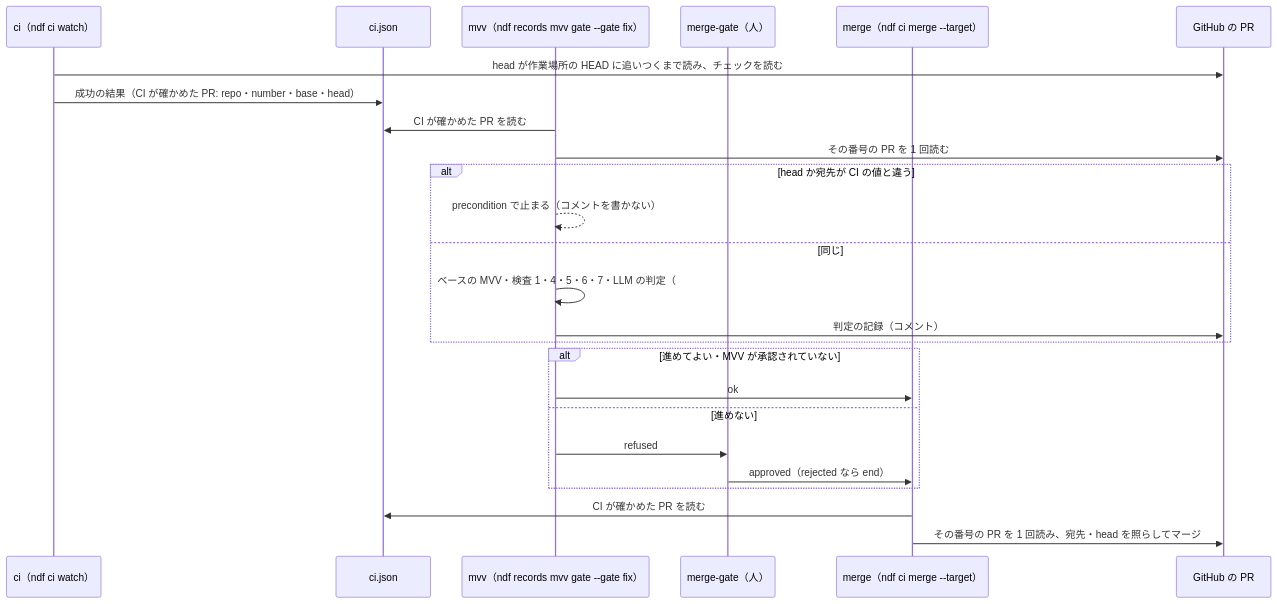
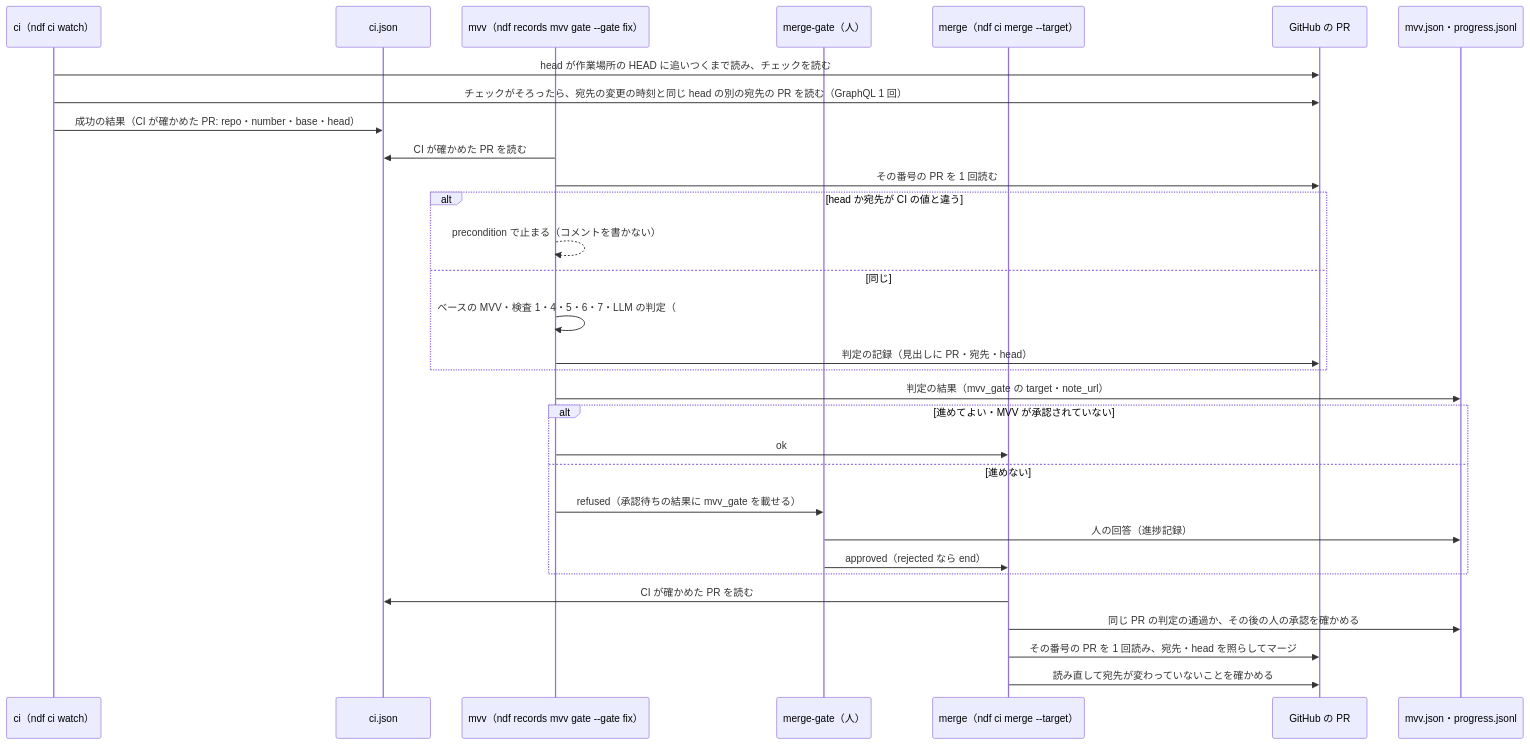
One commit to devbasex/ai-plugins changed the third of 3 diagrams in issues/issue-4104-design.md. Above: the diagram before and after it, drawn with Mermaid. The commit also changed other lines of this file and 1 other file, not shown here.

````diff
--- a/issues/issue-4104-design.md
+++ b/issues/issue-4104-design.md
@@ -115,27 +132,33 @@
 ```mermaid
 sequenceDiagram
   participant CI as ci（ndf ci watch）
   participant F as ci.json
   participant G as mvv（ndf records mvv gate --gate fix）
   participant H as merge-gate（人）
   participant M as merge（ndf ci merge --target）
   participant P as GitHub の PR
+  participant J as mvv.json・progress.jsonl
   CI->>P: head が作業場所の HEAD に追いつくまで読み、チェックを読む
+  CI->>P: チェックがそろったら、宛先の変更の時刻と同じ head の別の宛先の PR を読む（GraphQL 1 回）
   CI->>F: 成功の結果（CI が確かめた PR: repo・number・base・head）
   G->>F: CI が確かめた PR を読む
   G->>P: その番号の PR を 1 回読む
   alt head か宛先が CI の値と違う
     G-->>G: precondition で止まる（コメントを書かない）
   else 同じ
     G->>G: ベースの MVV・検査 1・4・5・6・7・LLM の判定（#3959 の手順）
-    G->>P: 判定の記録（コメント）
+    G->>P: 判定の記録（見出しに PR・宛先・head）
   end
+  G->>J: 判定の結果（mvv_gate の target・note_url）
   alt 進めてよい・MVV が承認されていない
     G->>M: ok
   else 進めない
-    G->>H: refused
+    G->>H: refused（承認待ちの結果に mvv_gate を載せる）
+    H->>J: 人の回答（進捗記録）
     H->>M: approved（rejected なら end）
   end
   M->>F: CI が確かめた PR を読む
+  M->>J: 同じ PR の判定の通過か、その後の人の承認を確かめる
   M->>P: その番号の PR を 1 回読み、宛先・head を照らしてマージ
+  M->>P: 読み直して宛先が変わっていないことを確かめる
 ```
````
